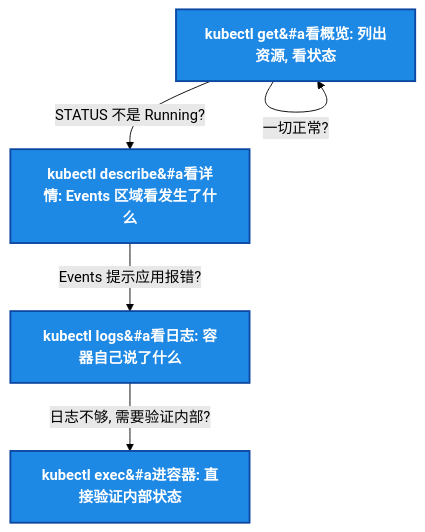
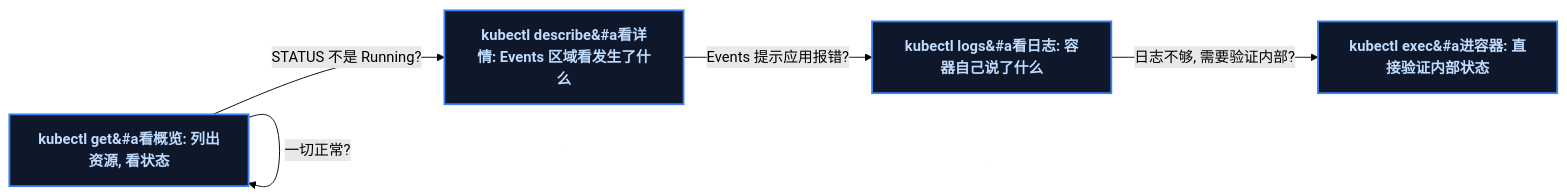
One commit to yaocat55/yaocat55.github.io changed the first of 3 diagrams in content/posts/kubernetes/KubectlSurvivalManual.md. Above: the diagram before and after it, drawn with Mermaid (forest theme). The commit also changed other lines of this file and 155 other files, not shown here.

````diff
--- a/content/posts/kubernetes/KubectlSurvivalManual.md
+++ b/content/posts/kubernetes/KubectlSurvivalManual.md
@@ -81,15 +81,15 @@
 ```mermaid
-flowchart TD
+flowchart LR
   GET["kubectl get&#a看概览: 列出资源, 看状态"]
   DESC["kubectl describe&#a看详情: Events 区域看发生了什么"]
   LOGS["kubectl logs&#a看日志: 容器自己说了什么"]
   EXEC["kubectl exec&#a进容器: 直接验证内部状态"]
 
   GET -->|"STATUS 不是 Running?"| DESC
   DESC -->|"Events 提示应用报错?"| LOGS
   LOGS -->|"日志不够, 需要验证内部?"| EXEC
   GET -->|"一切正常?"| GET
 
-  classDef cmd fill:#1E88E5,stroke:#0D47A1,stroke-width:2px,color:#FFFFFF,font-weight:bold
+classDef cmd fill:#0f172a,stroke:#3b82f6,stroke-width:2px,color:#bfdbfe,font-weight:bold;
   class GET,DESC,LOGS,EXEC cmd
 ```
````
